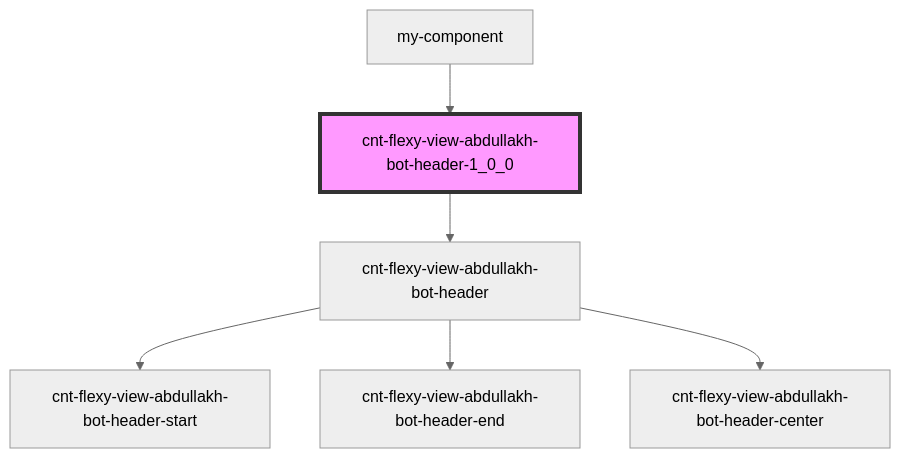
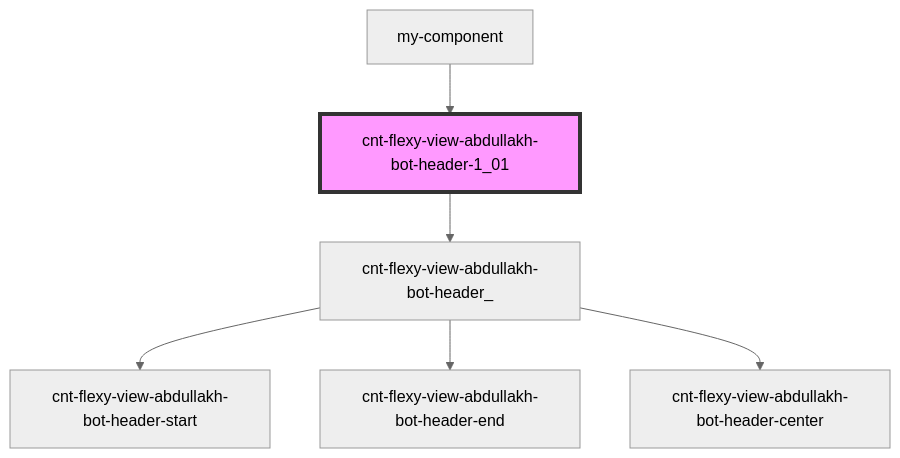
Before and after one commit to Wokh-Dada/botdevelopmentapp: the diagram in src/components/cnt-flexy-view-abdullakh-bot-header/readme.md, drawn with Mermaid (neutral theme). The commit also changed other lines of this file and 34 other files, not shown here.

````diff
--- a/src/components/cnt-flexy-view-abdullakh-bot-header/readme.md
+++ b/src/components/cnt-flexy-view-abdullakh-bot-header/readme.md
@@ -27,9 +27,9 @@
 ```mermaid
 graph TD;
-  cnt-flexy-view-abdullakh-bot-header-1_0_0 --> cnt-flexy-view-abdullakh-bot-header
-  cnt-flexy-view-abdullakh-bot-header --> cnt-flexy-view-abdullakh-bot-header-start
-  cnt-flexy-view-abdullakh-bot-header --> cnt-flexy-view-abdullakh-bot-header-end
-  cnt-flexy-view-abdullakh-bot-header --> cnt-flexy-view-abdullakh-bot-header-center
-  my-component --> cnt-flexy-view-abdullakh-bot-header-1_0_0
-  style cnt-flexy-view-abdullakh-bot-header-1_0_0 fill:#f9f,stroke:#333,stroke-width:4px
+  cnt-flexy-view-abdullakh-bot-header-1_01 --> cnt-flexy-view-abdullakh-bot-header_
+  cnt-flexy-view-abdullakh-bot-header_ --> cnt-flexy-view-abdullakh-bot-header-start
+  cnt-flexy-view-abdullakh-bot-header_ --> cnt-flexy-view-abdullakh-bot-header-end
+  cnt-flexy-view-abdullakh-bot-header_ --> cnt-flexy-view-abdullakh-bot-header-center
+  my-component --> cnt-flexy-view-abdullakh-bot-header-1_01
+  style cnt-flexy-view-abdullakh-bot-header-1_01 fill:#f9f,stroke:#333,stroke-width:4px
 ```
````
